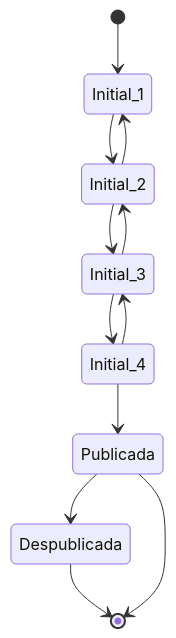
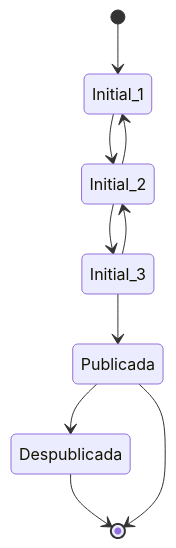
The diagram in README.md (Gabirojas1/AplicacionesDistributivasBackEndTPO), drawn with Mermaid before and after one commit. The commit also changed 8 other files, not shown here.

````diff
--- a/README.md
+++ b/README.md
@@ -61,15 +61,13 @@
 ```mermaid
 stateDiagram-v2
 [*] --> Initial_1
 Initial_1 --> Initial_2
 Initial_2 --> Initial_1
 Initial_2 --> Initial_3
 Initial_3 --> Initial_2
-Initial_3 --> Initial_4
-Initial_4 --> Initial_3
-Initial_4 --> Publicada
+Initial_3 --> Publicada
 Publicada --> Despublicada
 Despublicada --> [*]
 Publicada --> [*]
 
 ```
````
